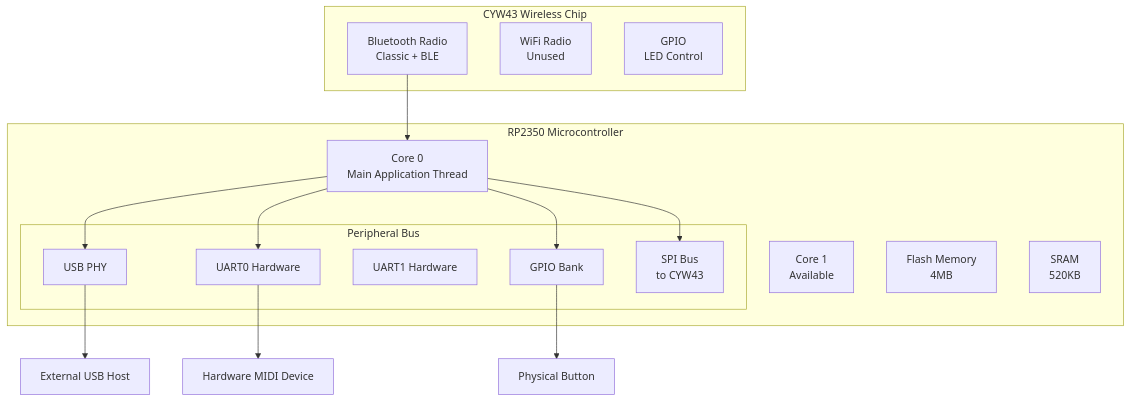
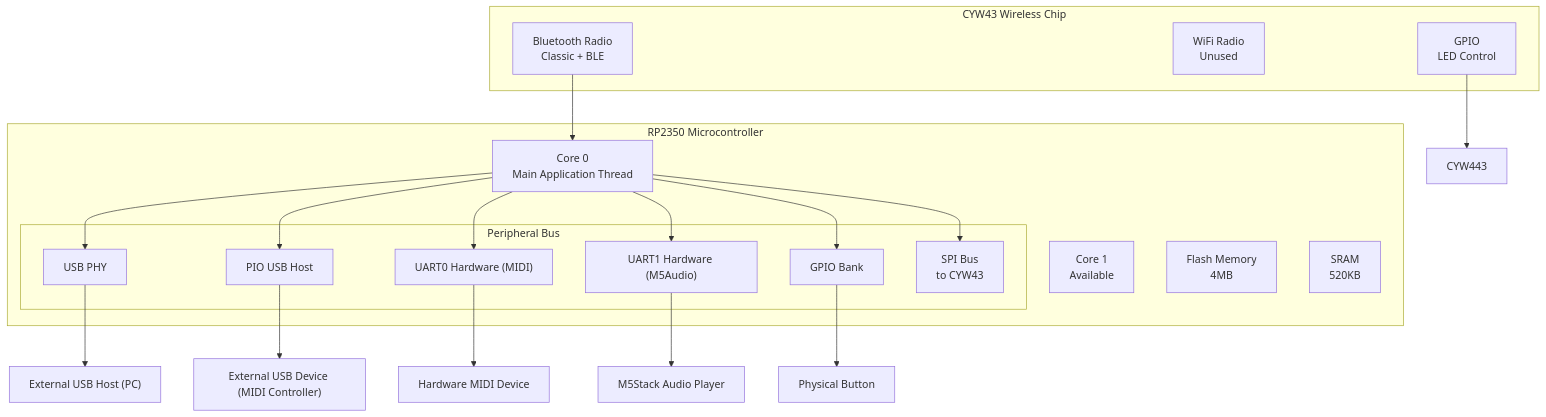
One commit to Jus-Be/orinayo-pico changed the first of 3 diagrams in wiki/3.3-hardware-interfaces.md. Above: the diagram before and after it, drawn with Mermaid. The commit also changed other lines of this file and 42 other files, not shown here.

````diff
--- a/wiki/3.3-hardware-interfaces.md
+++ b/wiki/3.3-hardware-interfaces.md
@@ -36,49 +38,59 @@
 ```mermaid
 flowchart TD
 
 CORE0["Core 0<br>Main Application Thread"]
 CORE1["Core 1<br>Available"]
 FLASH["Flash Memory<br>4MB"]
 SRAM["SRAM<br>520KB"]
 USB_PHY["USB PHY"]
-UART0_HW["UART0 Hardware"]
-UART1_HW["UART1 Hardware"]
+PIO_USB_HOST["PIO USB Host"]
+UART0_HW["UART0 Hardware (MIDI)"]
+UART1_HW["UART1 Hardware (M5Audio)"]
 GPIO_BANK["GPIO Bank"]
 SPI_BUS["SPI Bus<br>to CYW43"]
 BT_RADIO["Bluetooth Radio<br>Classic + BLE"]
 WIFI_RADIO["WiFi Radio<br>Unused"]
 CYW_GPIO["GPIO<br>LED Control"]
-EXT_USB["External USB Host"]
+CYW443["CYW443"]
+EXT_USB_DEV["External USB Host (PC)"]
+EXT_USB_HOST["External USB Device (MIDI Controller)"]
 EXT_MIDI["Hardware MIDI Device"]
+M5_AUDIO["M5Stack Audio Player"]
 EXT_BTN["Physical Button"]
 
 BT_RADIO --> CORE0
-USB_PHY --> EXT_USB
+CYW_GPIO --> CYW443
+USB_PHY --> EXT_USB_DEV
+PIO_USB_HOST --> EXT_USB_HOST
 UART0_HW --> EXT_MIDI
+UART1_HW --> M5_AUDIO
 GPIO_BANK --> EXT_BTN
 
 subgraph CYW43 ["CYW43 Wireless Chip"]
     BT_RADIO
     WIFI_RADIO
     CYW_GPIO
 end
 
 subgraph RP2350 ["RP2350 Microcontroller"]
     CORE0
     CORE1
     FLASH
     SRAM
     CORE0 --> USB_PHY
+    CORE0 --> PIO_USB_HOST
     CORE0 --> UART0_HW
+    CORE0 --> UART1_HW
     CORE0 --> GPIO_BANK
     CORE0 --> SPI_BUS
 
 subgraph Peripherals ["Peripheral Bus"]
     USB_PHY
+    PIO_USB_HOST
     UART0_HW
     UART1_HW
     GPIO_BANK
     SPI_BUS
 end
 end
 ```
````
